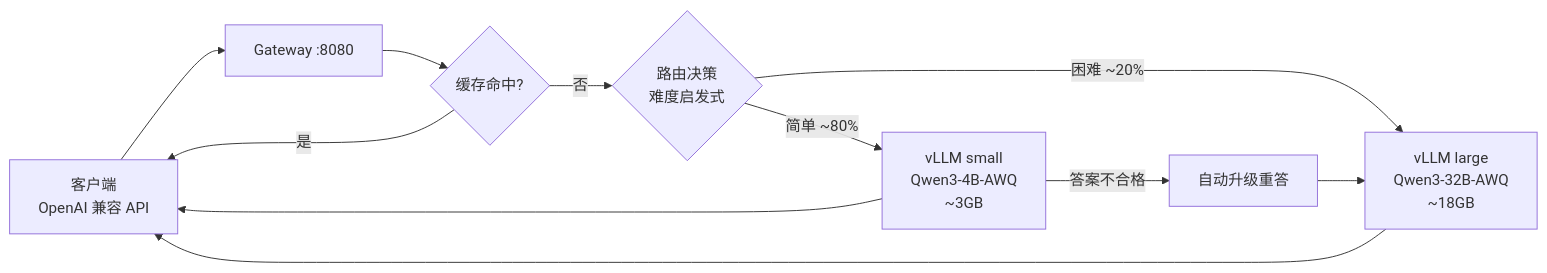
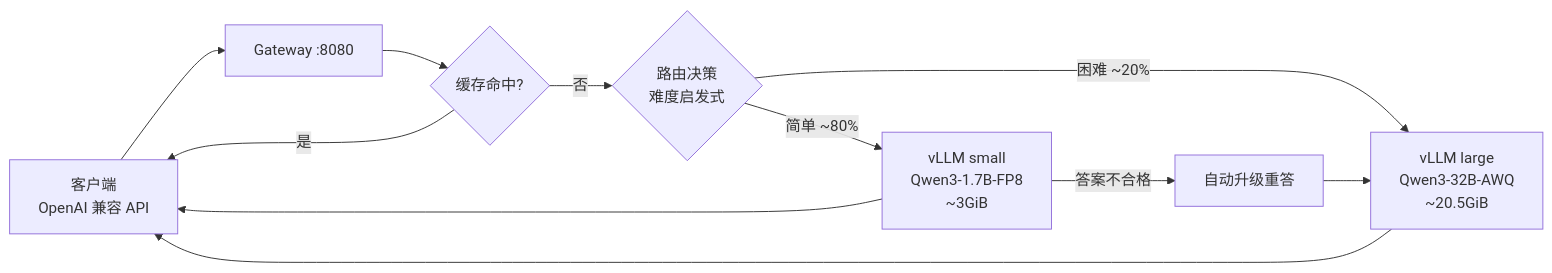
The diagram in README.md (murphyren225/local_infer), drawn with Mermaid before and after one commit. The commit also changed other lines of this file and 12 other files, not shown here.

````diff
--- a/README.md
+++ b/README.md
@@ -11,12 +11,12 @@
 ```mermaid
 flowchart LR
     C[客户端<br/>OpenAI 兼容 API] --> G[Gateway :8080]
     G --> K{缓存命中?}
     K -- 是 --> C
     K -- 否 --> R{路由决策<br/>难度启发式}
-    R -- 简单 ~80% --> S[vLLM small<br/>Qwen3-4B-AWQ<br/>~3GB]
-    R -- 困难 ~20% --> L[vLLM large<br/>Qwen3-32B-AWQ<br/>~18GB]
+    R -- 简单 ~80% --> S[vLLM small<br/>Qwen3-1.7B-FP8<br/>~3GiB]
+    R -- 困难 ~20% --> L[vLLM large<br/>Qwen3-32B-AWQ<br/>~20.5GiB]
     S -- 答案不合格 --> E[自动升级重答] --> L
     S --> C
     L --> C
 ```
````
